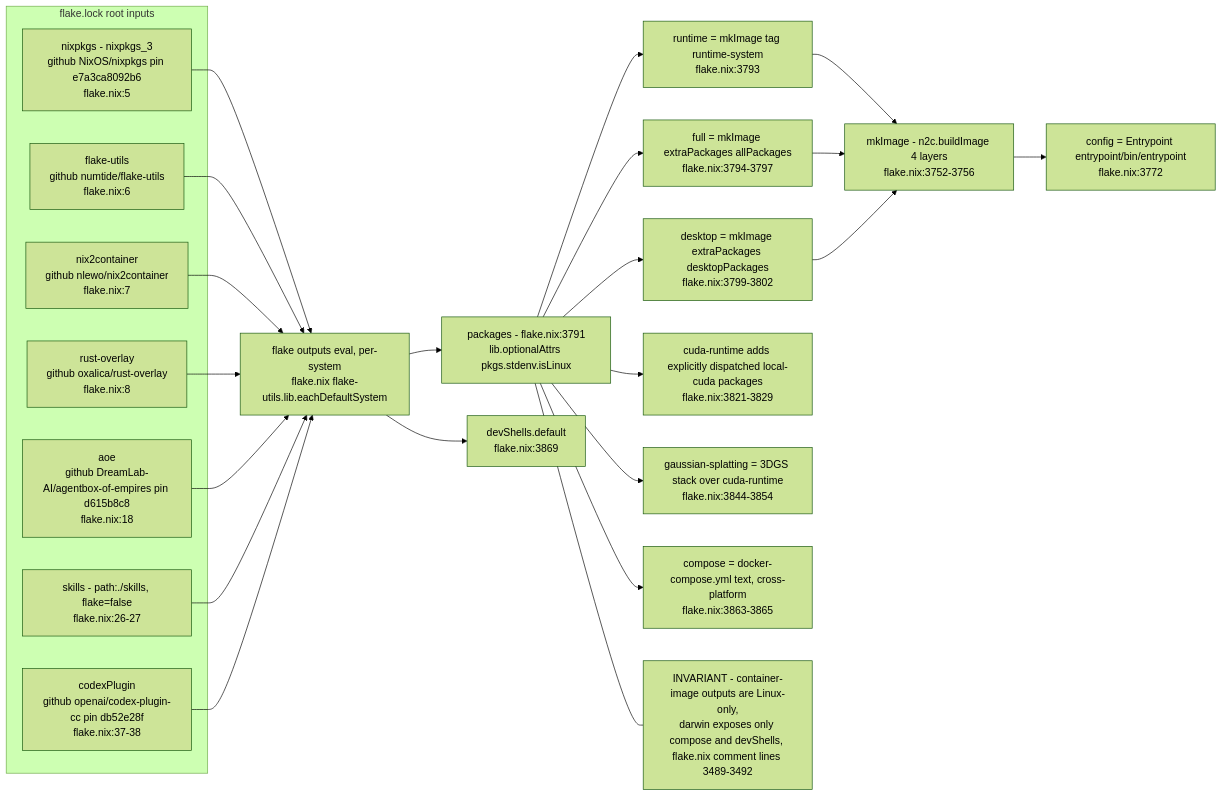
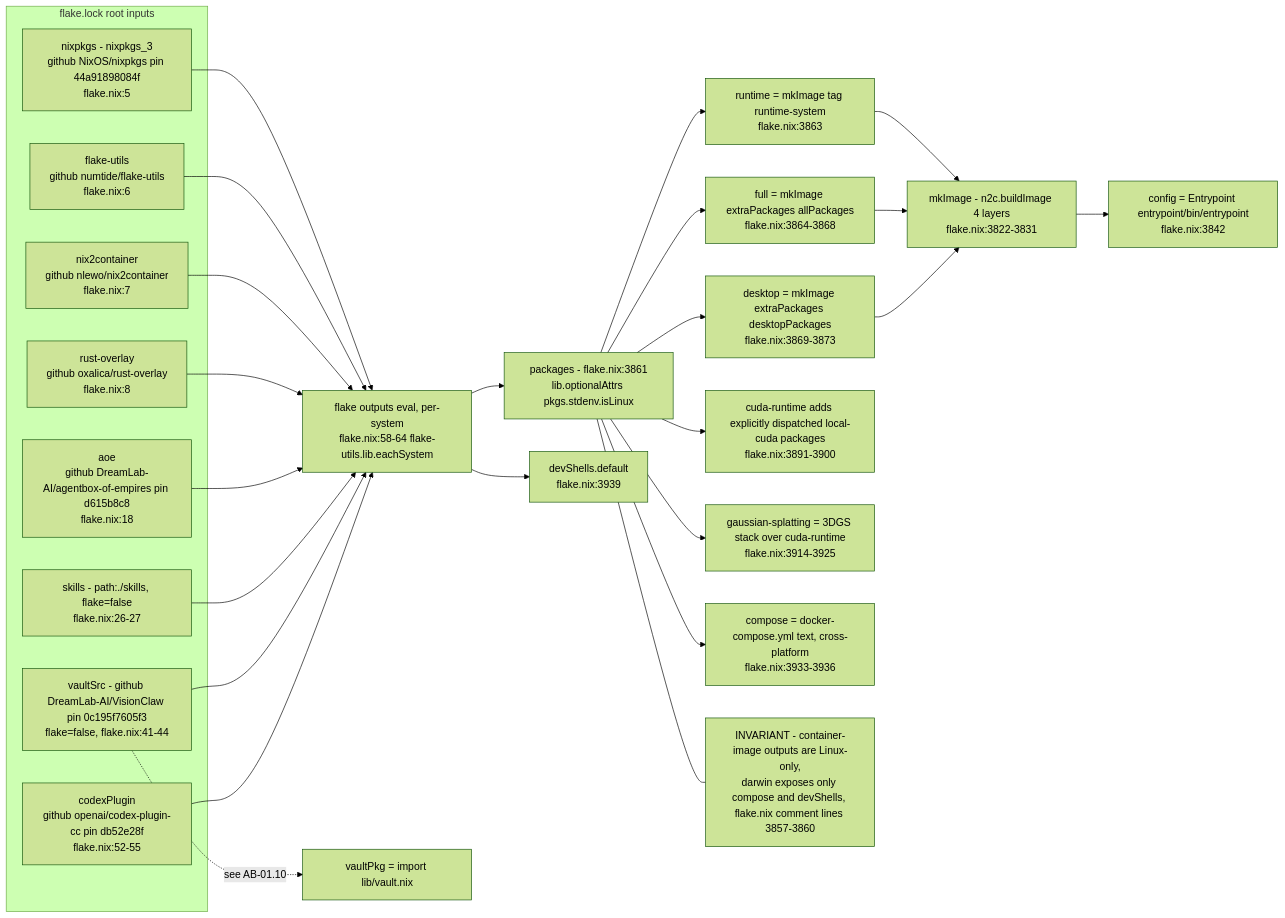
One commit to DreamLab-AI/VisionFlow changed the eighth of 10 diagrams in docs/diagrams/agentbox/01-nix-flake-composition.md. Above: the diagram before and after it, drawn with Mermaid (forest theme). The commit also changed other lines of this file and 136 other files, not shown here.

First line of the commit message:
docs(diagrams): refresh the whole corpus to code HEAD and prune low-value diagrams

````diff
--- a/docs/diagrams/agentbox/01-nix-flake-composition.md
+++ b/docs/diagrams/agentbox/01-nix-flake-composition.md
@@ -365,39 +340,42 @@
 ```mermaid
 flowchart LR
     subgraph INPUTS["flake.lock root inputs"]
-        NIXPKGS["nixpkgs - nixpkgs_3<br/>github NixOS/nixpkgs pin e7a3ca8092b6<br/>flake.nix:5"]
+        NIXPKGS["nixpkgs - nixpkgs_3<br/>github NixOS/nixpkgs pin 44a91898084f<br/>flake.nix:5"]
         FU["flake-utils<br/>github numtide/flake-utils<br/>flake.nix:6"]
         N2C["nix2container<br/>github nlewo/nix2container<br/>flake.nix:7"]
         RO["rust-overlay<br/>github oxalica/rust-overlay<br/>flake.nix:8"]
         AOE["aoe<br/>github DreamLab-AI/agentbox-of-empires pin d615b8c8<br/>flake.nix:18"]
         SKILLS["skills - path:./skills, flake=false<br/>flake.nix:26-27"]
-        CODEX["codexPlugin<br/>github openai/codex-plugin-cc pin db52e28f<br/>flake.nix:37-38"]
+        VAULTSRC["vaultSrc - github DreamLab-AI/VisionClaw pin 0c195f7605f3<br/>flake=false, flake.nix:41-44"]
+        CODEX["codexPlugin<br/>github openai/codex-plugin-cc pin db52e28f<br/>flake.nix:52-55"]
     end
 
-    NIXPKGS --> EVAL["flake outputs eval, per-system<br/>flake.nix flake-utils.lib.eachDefaultSystem"]
+    NIXPKGS --> EVAL["flake outputs eval, per-system<br/>flake.nix:58-64 flake-utils.lib.eachSystem"]
     FU --> EVAL
     N2C --> EVAL
     RO --> EVAL
     AOE --> EVAL
     SKILLS --> EVAL
+    VAULTSRC --> EVAL
     CODEX --> EVAL
 
-    EVAL --> PACKAGES["packages - flake.nix:3791<br/>lib.optionalAttrs pkgs.stdenv.isLinux"]
-    EVAL --> DEVSHELL["devShells.default<br/>flake.nix:3869"]
+    EVAL --> PACKAGES["packages - flake.nix:3861<br/>lib.optionalAttrs pkgs.stdenv.isLinux"]
+    EVAL --> DEVSHELL["devShells.default<br/>flake.nix:3939"]
 
-    PACKAGES --> RUNTIME["runtime = mkImage tag runtime-system<br/>flake.nix:3793"]
-    PACKAGES --> FULL["full = mkImage extraPackages allPackages<br/>flake.nix:3794-3797"]
-    PACKAGES --> DESKTOP["desktop = mkImage extraPackages desktopPackages<br/>flake.nix:3799-3802"]
-    PACKAGES --> CUDART["cuda-runtime adds explicitly dispatched local-cuda packages<br/>flake.nix:3821-3829"]
-    PACKAGES --> GSPLAT["gaussian-splatting = 3DGS stack over cuda-runtime<br/>flake.nix:3844-3854"]
-    PACKAGES --> COMPOSE["compose = docker-compose.yml text, cross-platform<br/>flake.nix:3863-3865"]
+    PACKAGES --> RUNTIME["runtime = mkImage tag runtime-system<br/>flake.nix:3863"]
+    PACKAGES --> FULL["full = mkImage extraPackages allPackages<br/>flake.nix:3864-3868"]
+    PACKAGES --> DESKTOP["desktop = mkImage extraPackages desktopPackages<br/>flake.nix:3869-3873"]
+    PACKAGES --> CUDART["cuda-runtime adds explicitly dispatched local-cuda packages<br/>flake.nix:3891-3900"]
+    PACKAGES --> GSPLAT["gaussian-splatting = 3DGS stack over cuda-runtime<br/>flake.nix:3914-3925"]
+    PACKAGES --> COMPOSE["compose = docker-compose.yml text, cross-platform<br/>flake.nix:3933-3936"]
 
-    RUNTIME --> MKIMG["mkImage - n2c.buildImage 4 layers<br/>flake.nix:3752-3756"]
+    RUNTIME --> MKIMG["mkImage - n2c.buildImage 4 layers<br/>flake.nix:3822-3831"]
     FULL --> MKIMG
     DESKTOP --> MKIMG
 
-    MKIMG --> ENTRYPOINT["config = Entrypoint entrypoint/bin/entrypoint<br/>flake.nix:3772"]
+    MKIMG --> ENTRYPOINT["config = Entrypoint entrypoint/bin/entrypoint<br/>flake.nix:3842"]
+    VAULTSRC -.->|"see AB-01.10"| VAULTPKG["vaultPkg = import lib/vault.nix"]
 
-    NOTE1["INVARIANT - container-image outputs are Linux-only,<br/>darwin exposes only compose and devShells, flake.nix comment lines 3489-3492"]
+    NOTE1["INVARIANT - container-image outputs are Linux-only,<br/>darwin exposes only compose and devShells, flake.nix comment lines 3857-3860"]
     PACKAGES --- NOTE1
 ```
````
